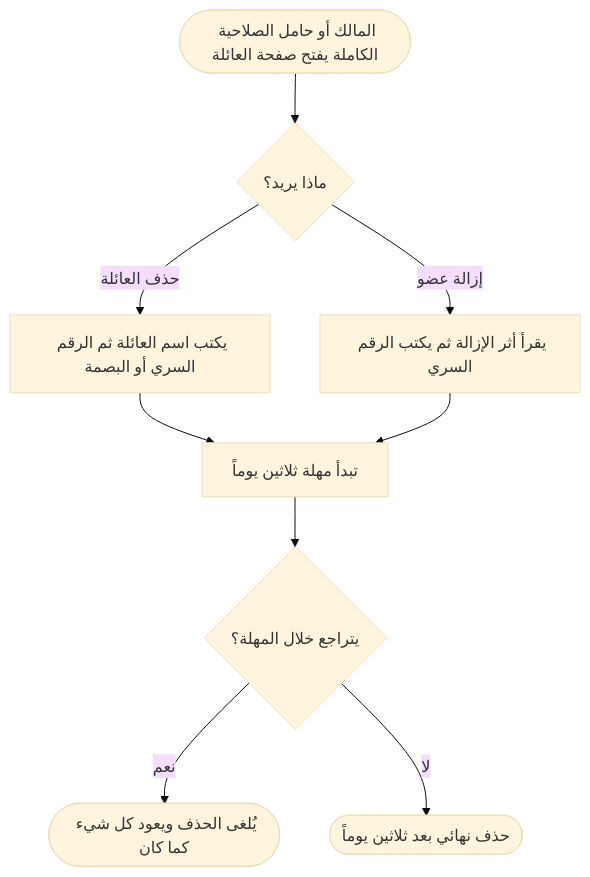
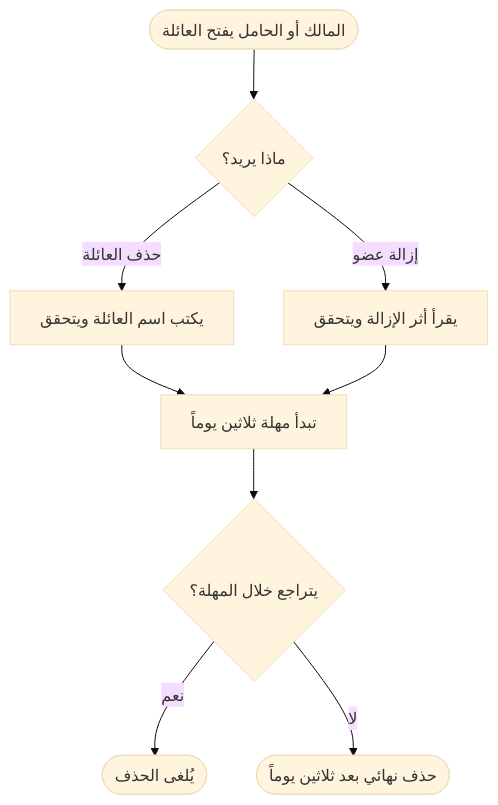
Before and after one commit to Bassam-mohammed-alqaeadi/family-os-v2: diagram 22 of 33 in docs/family-os/governance/phases/phase-1/S1-03-family-roles-and-permissions/DIAGRAMS.md, drawn with Mermaid (base theme). The commit also changed other lines of this file, not shown here.

````diff
--- a/docs/family-os/governance/phases/phase-1/S1-03-family-roles-and-permissions/DIAGRAMS.md
+++ b/docs/family-os/governance/phases/phase-1/S1-03-family-roles-and-permissions/DIAGRAMS.md
@@ -785,11 +859,11 @@
 ```mermaid
 flowchart TD
-    D1([المالك أو حامل الصلاحية الكاملة يفتح صفحة العائلة]) --> D2{ماذا يريد؟}
-    D2 -->|حذف العائلة| D3[يكتب اسم العائلة ثم الرقم السري أو البصمة]
-    D2 -->|إزالة عضو| D4[يقرأ أثر الإزالة ثم يكتب الرقم السري]
+    D1([المالك أو الحامل يفتح العائلة]) --> D2{ماذا يريد؟}
+    D2 -->|حذف العائلة| D3[يكتب اسم العائلة ويتحقق]
+    D2 -->|إزالة عضو| D4[يقرأ أثر الإزالة ويتحقق]
     D3 --> D5[تبدأ مهلة ثلاثين يوماً]
     D4 --> D5
     D5 --> D6{يتراجع خلال المهلة؟}
-    D6 -->|نعم| D7([يُلغى الحذف ويعود كل شيء كما كان])
+    D6 -->|نعم| D7([يُلغى الحذف])
     D6 -->|لا| D8([حذف نهائي بعد ثلاثين يوماً])
 ```
````
